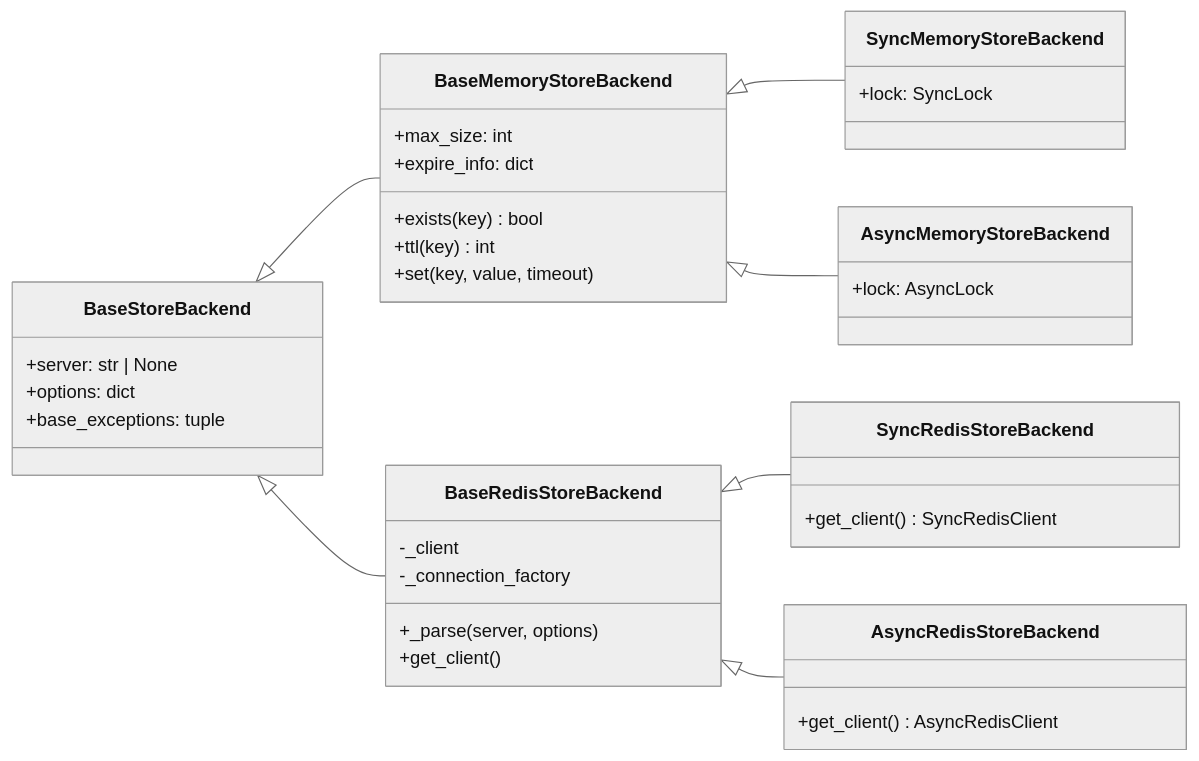
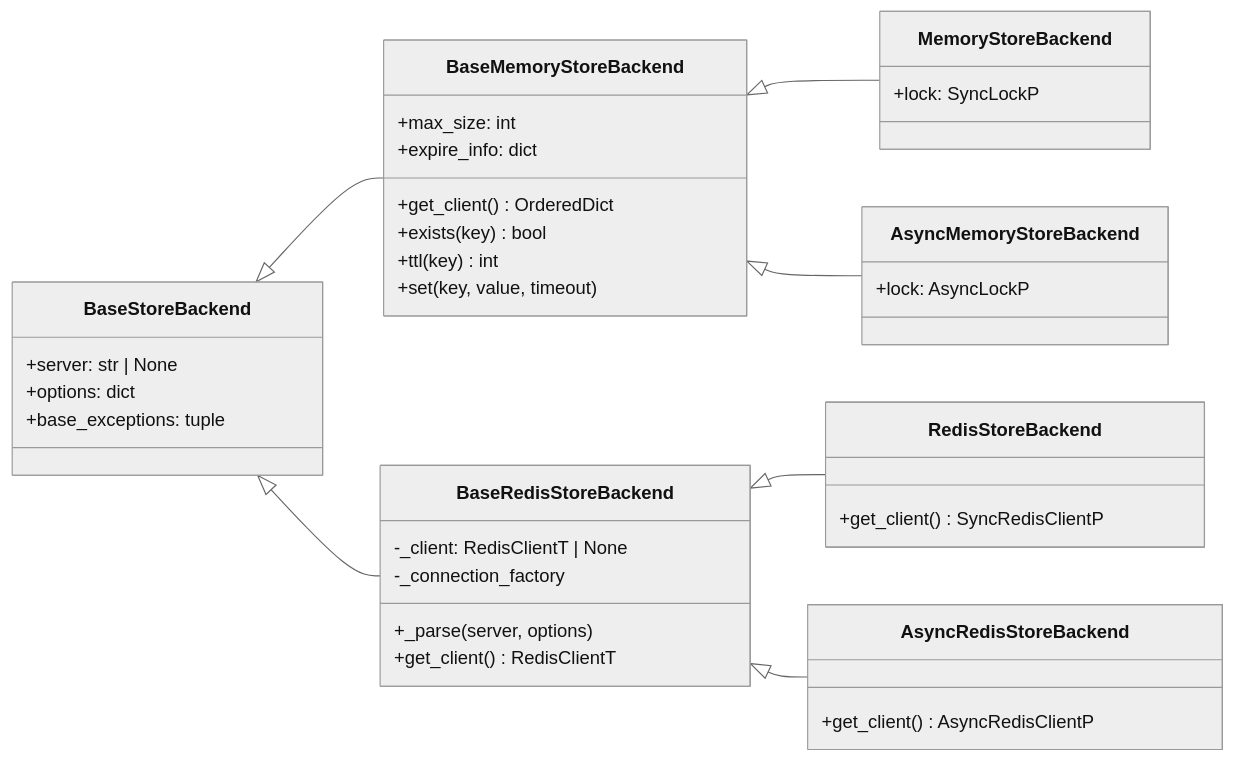
The second of 8 diagrams in knowledge/throttled-py/issues/2026-05-06-store-typing-abstraction-refactor/PLAN.md (ZhuoZhuoCrayon/ai-workspace), drawn with Mermaid (neutral theme) before and after one commit. The commit also changed other lines of this file and 8 other files, not shown here.

````diff
--- a/knowledge/throttled-py/issues/2026-05-06-store-typing-abstraction-refactor/PLAN.md
+++ b/knowledge/throttled-py/issues/2026-05-06-store-typing-abstraction-refactor/PLAN.md
@@ -205,42 +265,43 @@
 ```mermaid
 classDiagram
     direction LR
 
     class BaseStoreBackend {
         +server: str | None
         +options: dict
         +base_exceptions: tuple
     }
     class BaseMemoryStoreBackend {
         +max_size: int
         +expire_info: dict
+        +get_client() OrderedDict
         +exists(key) bool
         +ttl(key) int
         +set(key, value, timeout)
     }
-    class SyncMemoryStoreBackend {
-        +lock: SyncLock
+    class MemoryStoreBackend {
+        +lock: SyncLockP
     }
     class AsyncMemoryStoreBackend {
-        +lock: AsyncLock
+        +lock: AsyncLockP
     }
     class BaseRedisStoreBackend {
-        -_client
+        -_client: RedisClientT | None
         -_connection_factory
         +_parse(server, options)
-        +get_client()
+        +get_client() RedisClientT
     }
-    class SyncRedisStoreBackend {
-        +get_client() SyncRedisClient
+    class RedisStoreBackend {
+        +get_client() SyncRedisClientP
     }
     class AsyncRedisStoreBackend {
-        +get_client() AsyncRedisClient
+        +get_client() AsyncRedisClientP
     }
 
     BaseStoreBackend <|-- BaseMemoryStoreBackend
     BaseStoreBackend <|-- BaseRedisStoreBackend
-    BaseMemoryStoreBackend <|-- SyncMemoryStoreBackend
+    BaseMemoryStoreBackend <|-- MemoryStoreBackend
     BaseMemoryStoreBackend <|-- AsyncMemoryStoreBackend
-    BaseRedisStoreBackend <|-- SyncRedisStoreBackend
+    BaseRedisStoreBackend <|-- RedisStoreBackend
     BaseRedisStoreBackend <|-- AsyncRedisStoreBackend
 ```
````
